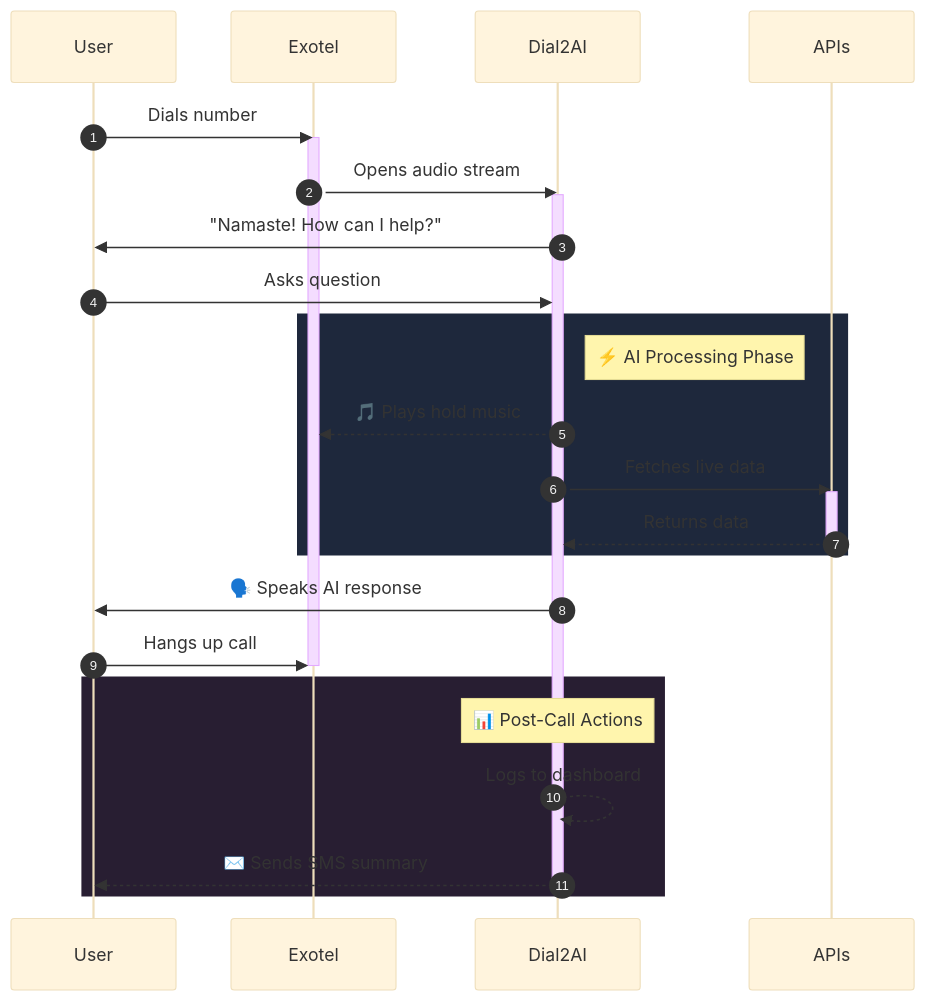
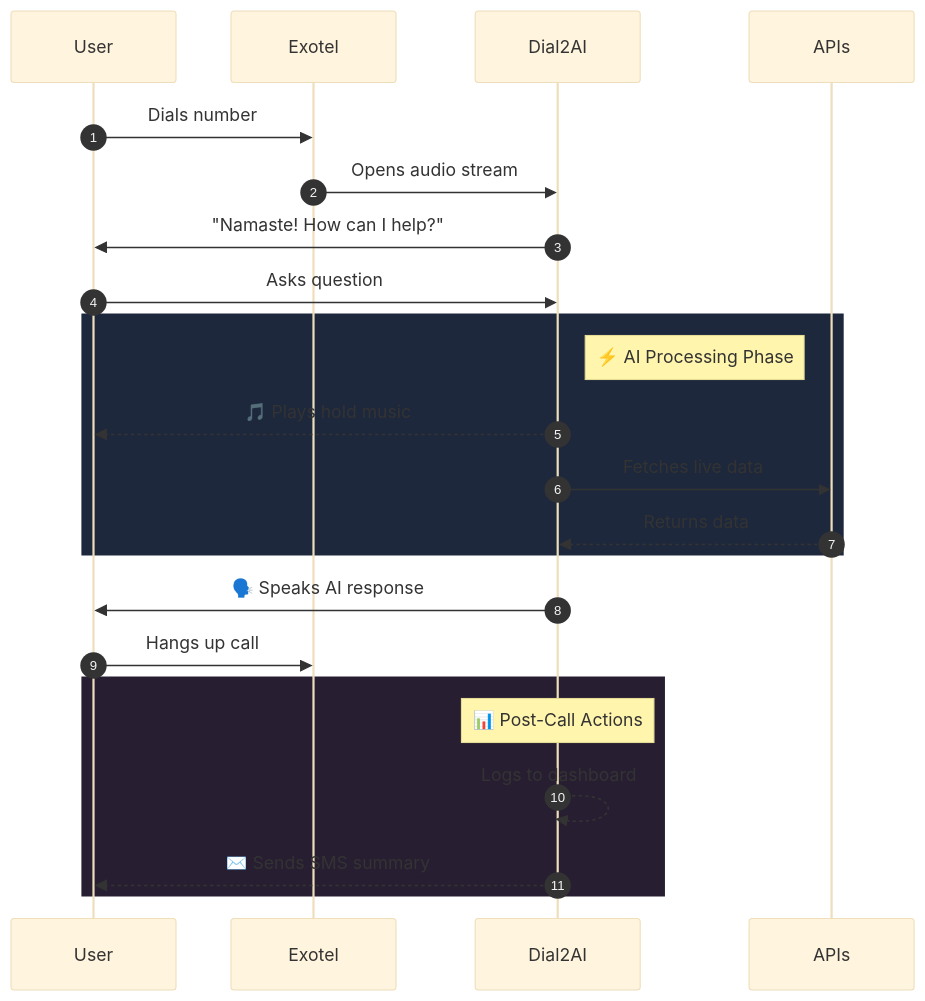
The first of 2 diagrams in Readme.md (sagarhundia2-ops/demo), drawn with Mermaid (base theme) before and after one commit.

Commit message:
docs: 🎨 Reverted activation blocks to keep lifelines light and clean, matching target visual style exactly

````diff
--- a/Readme.md
+++ b/Readme.md
@@ -84,36 +84,30 @@
 ```mermaid
 sequenceDiagram
     autonumber
     participant User
     participant Exotel
     participant Dial2AI
     participant APIs
 
     User->>Exotel: Dials number
-    activate Exotel
     Exotel->>Dial2AI: Opens audio stream
-    activate Dial2AI
     Dial2AI->>User: "Namaste! How can I help?"
     
     User->>Dial2AI: Asks question
     
     rect rgb(30, 40, 60)
     Note right of Dial2AI: ⚡ AI Processing Phase
-    Dial2AI-->>Exotel: 🎵 Plays hold music
+    Dial2AI-->>User: 🎵 Plays hold music
     Dial2AI->>APIs: Fetches live data
-    activate APIs
     APIs-->>Dial2AI: Returns data
-    deactivate APIs
     end
 
     Dial2AI->>User: 🗣️ Speaks AI response
     User->>Exotel: Hangs up call
-    deactivate Exotel
     
     rect rgb(40, 30, 50)
     Note over Dial2AI: 📊 Post-Call Actions
     Dial2AI-->>Dial2AI: Logs to dashboard
     Dial2AI-->>User: ✉️ Sends SMS summary
-    deactivate Dial2AI
     end
 ```
````
